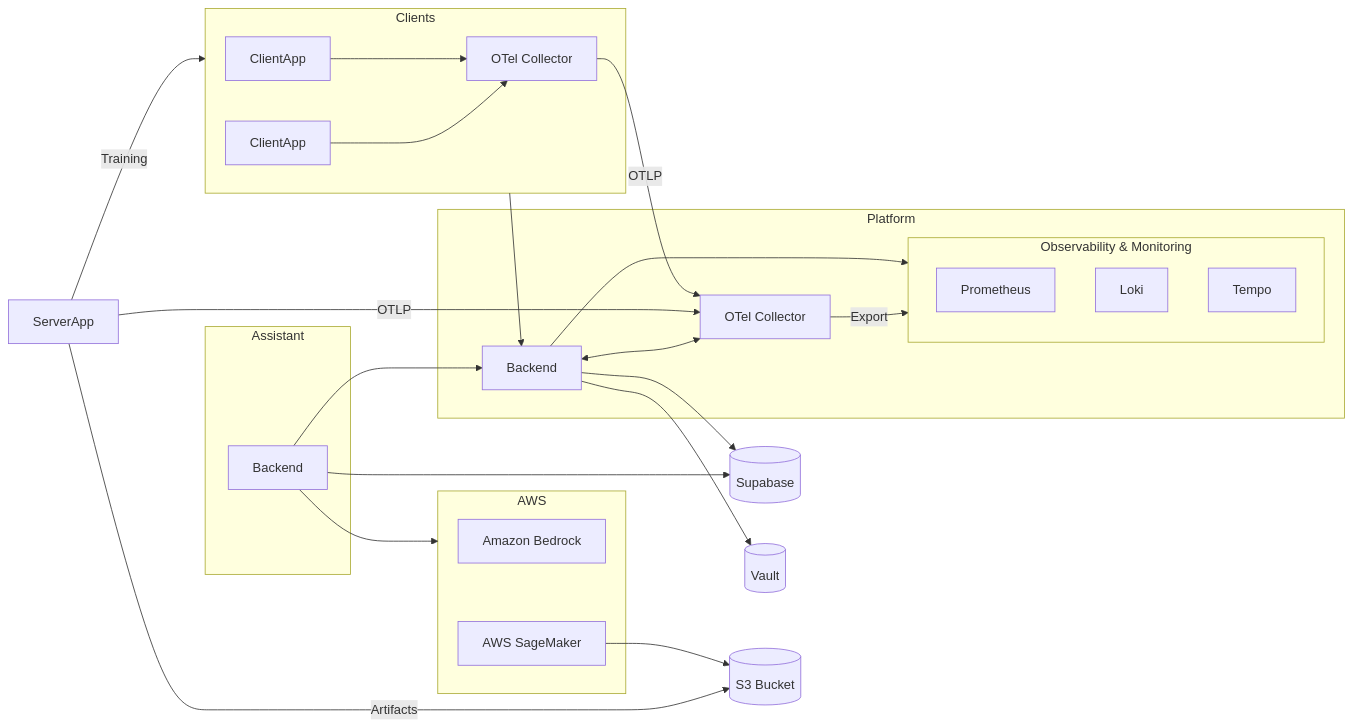
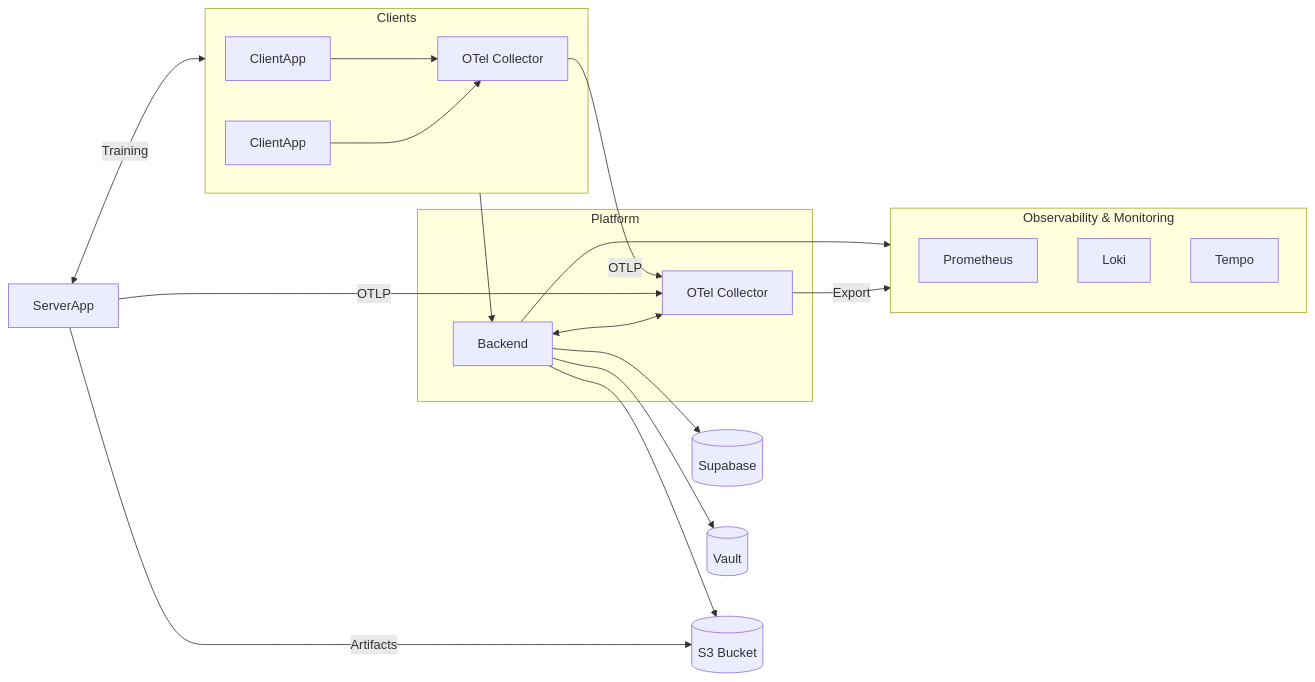
Before and after one commit to MentisHub/platform: the diagram in docs/pt-br/architecture/architecture.md, drawn with Mermaid. The commit also changed 1 other file, not shown here.

Commit message:
refactor: add new RF-PXX format and update architecture diagram

````diff
--- a/docs/pt-br/architecture/architecture.md
+++ b/docs/pt-br/architecture/architecture.md
@@ -5,54 +5,40 @@
 ```mermaid
 flowchart LR
     subgraph Clients
         CA1[ClientApp]
         CA2[ClientApp]
         C_OTEL[OTel Collector]
         CA1 --> C_OTEL
         CA2 --> C_OTEL
     end
 
-    subgraph Assistant
-        A_BE[Backend]
-    end
-
-    subgraph AWS
-        BEDROCK[Amazon Bedrock]
-        SAGEMAKER[AWS SageMaker]
-    end
-
     subgraph Platform
         P_BE[Backend]
         P_OTEL[OTel Collector]
+    end
 
-        subgraph Obs["Observability & Monitoring"]
-            PROM[Prometheus]
-            LOKI[Loki]
-            TEMPO[Tempo]
-        end
+    subgraph Obs["Observability & Monitoring"]
+        PROM[Prometheus]
+        LOKI[Loki]
+        TEMPO[Tempo]
     end
 
     SB[(Supabase)]
     VL[(Vault)]
     S3[(S3 Bucket)]
     SA[ServerApp]
 
-    A_BE --> AWS
-    A_BE --> SB
-    A_BE --> P_BE
-
-    SAGEMAKER --> S3
-
     P_BE --> SB
     P_BE --> VL
+    P_BE --> S3
     Clients --> P_BE
     C_OTEL -- OTLP --> P_OTEL
     SA -- OTLP --> P_OTEL
 
     P_BE <--> P_OTEL
     P_BE --> Obs
     P_OTEL -- Export --> Obs
 
     SA -- Artifacts --> S3
-    SA -- Training --> Clients
+    SA <-- Training --> Clients
 ```
````
